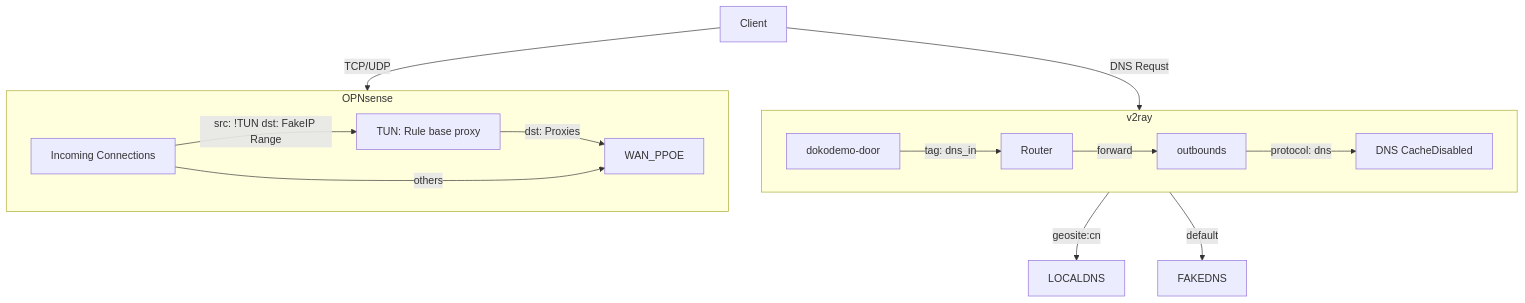
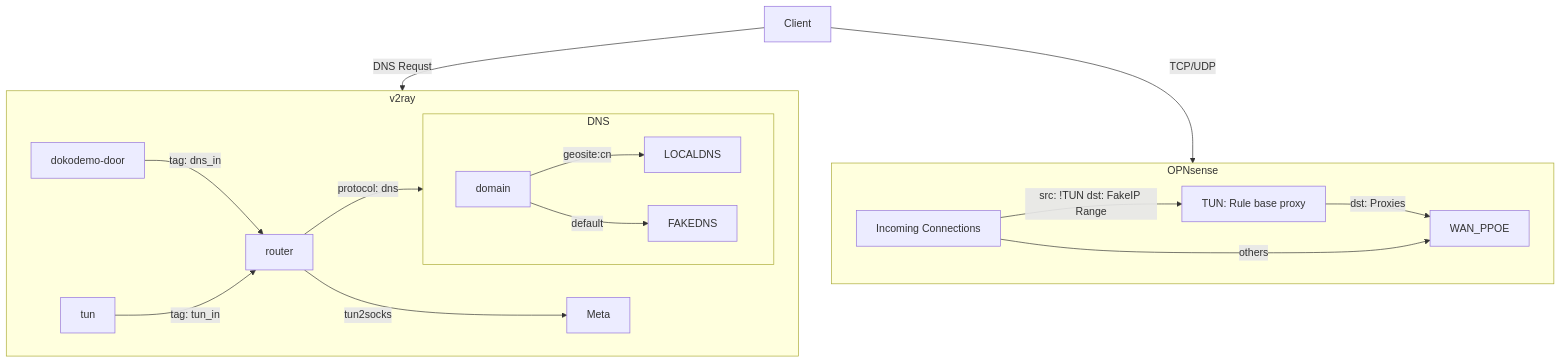
The diagram in diagram.mermaid (Quart233/gateway), drawn with Mermaid before and after one commit.

Commit message:
feat(mermaid): tun2socks

```diff
--- a/diagram.mermaid
+++ b/diagram.mermaid
@@ -1,17 +1,20 @@
 flowchart TD
 
     Client -->|DNS Requst| v2ray
 
     subgraph v2ray
-        inbounds[dokodemo-door] -->|tag: dns_in| Router -->|forward| outbounds -->|protocol: dns| DNS[DNS CacheDisabled]
+        dokodemo-door --> |tag: dns_in| router -->|protocol: dns| DNS[DNS CacheDisabled]
+        tun --> |tag: tun_in| router -->|tun2socks| Meta
     end
 
-    v2ray -->|geosite:cn| LOCALDNS
-    v2ray -->|default| FAKEDNS
+    subgraph DNS
+        domain -->|geosite:cn| LOCALDNS
+        domain -->|default| FAKEDNS
+    end
 
     Client -->|TCP/UDP| Gateway
 
     subgraph Gateway[OPNsense]
         LAN[Incoming Connections] --> |src: !TUN dst: FakeIP Range| TUN[TUN: Rule base proxy] -->|dst: Proxies| WAN_PPOE
         LAN --> |others|WAN_PPOE
     end
```
